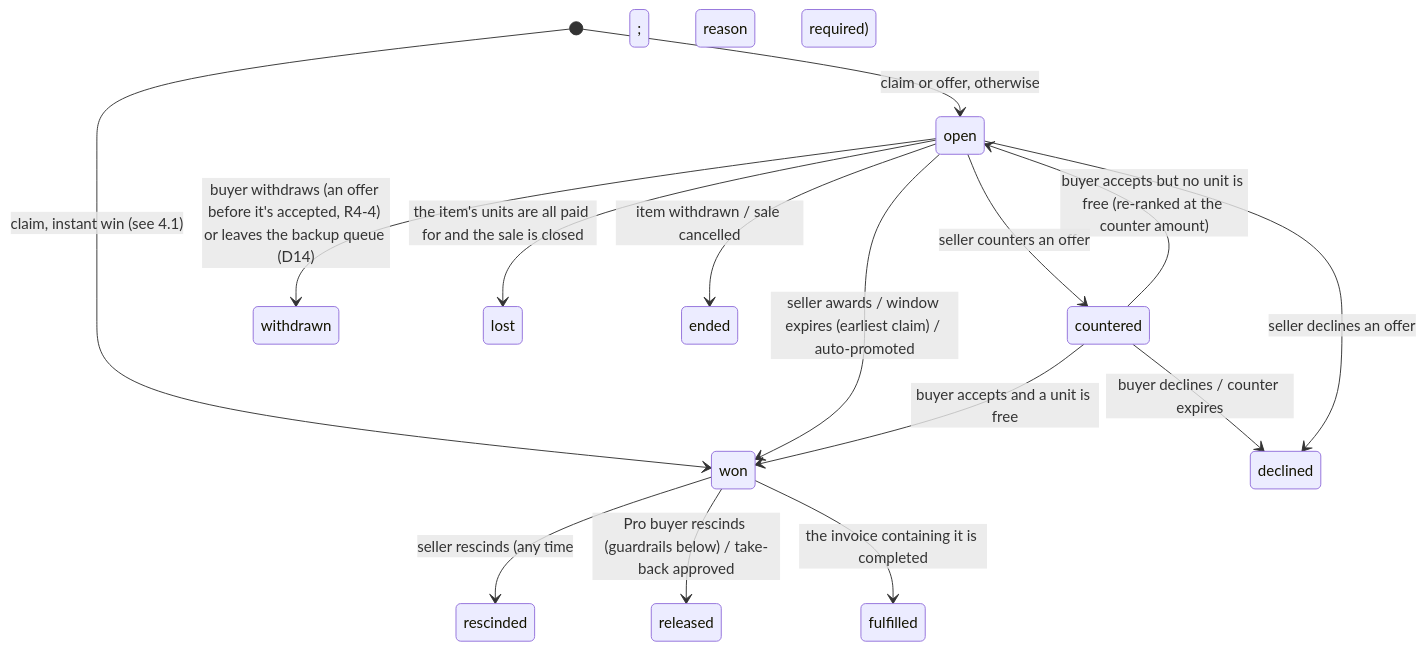
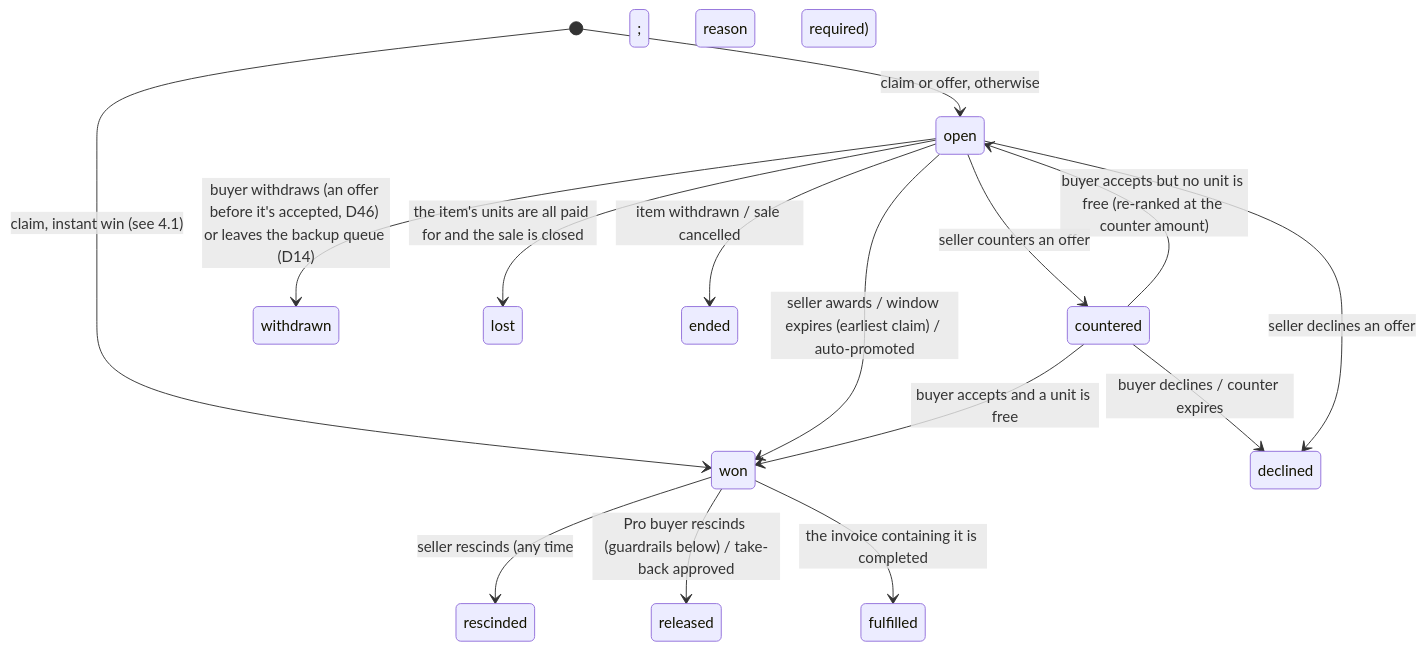
The third of 5 diagrams in docs/STATE_MACHINES.md (AntiTcb/claimsale), drawn with Mermaid before and after one commit. The commit also changed other lines of this file and 2 other files, not shown here.

````diff
--- a/docs/STATE_MACHINES.md
+++ b/docs/STATE_MACHINES.md
@@ -87,17 +86,17 @@
 ```mermaid
 stateDiagram-v2
     [*] --> won: claim, instant win (see 4.1)
     [*] --> open: claim or offer, otherwise
     open --> won: seller awards / window expires (earliest claim) / auto-promoted
     open --> countered: seller counters an offer
     countered --> won: buyer accepts and a unit is free
     countered --> open: buyer accepts but no unit is free (re-ranked at the counter amount)
     countered --> declined: buyer declines / counter expires
     open --> declined: seller declines an offer
-    open --> withdrawn: buyer withdraws (an offer before it's accepted, R4-4) or leaves the backup queue (D14)
+    open --> withdrawn: buyer withdraws (an offer before it's accepted, D46) or leaves the backup queue (D14)
     open --> lost: the item's units are all paid for and the sale is closed
     open --> ended: item withdrawn / sale cancelled
     won --> rescinded: seller rescinds (any time; reason required)
     won --> released: Pro buyer rescinds (guardrails below) / take-back approved
     won --> fulfilled: the invoice containing it is completed
 ```
````
